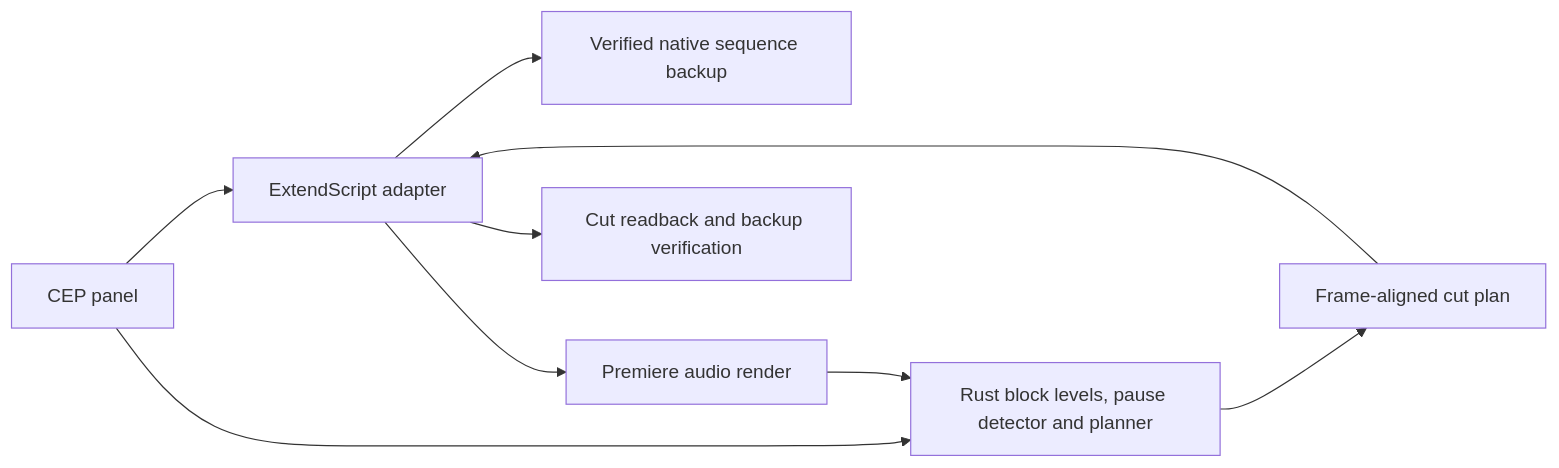
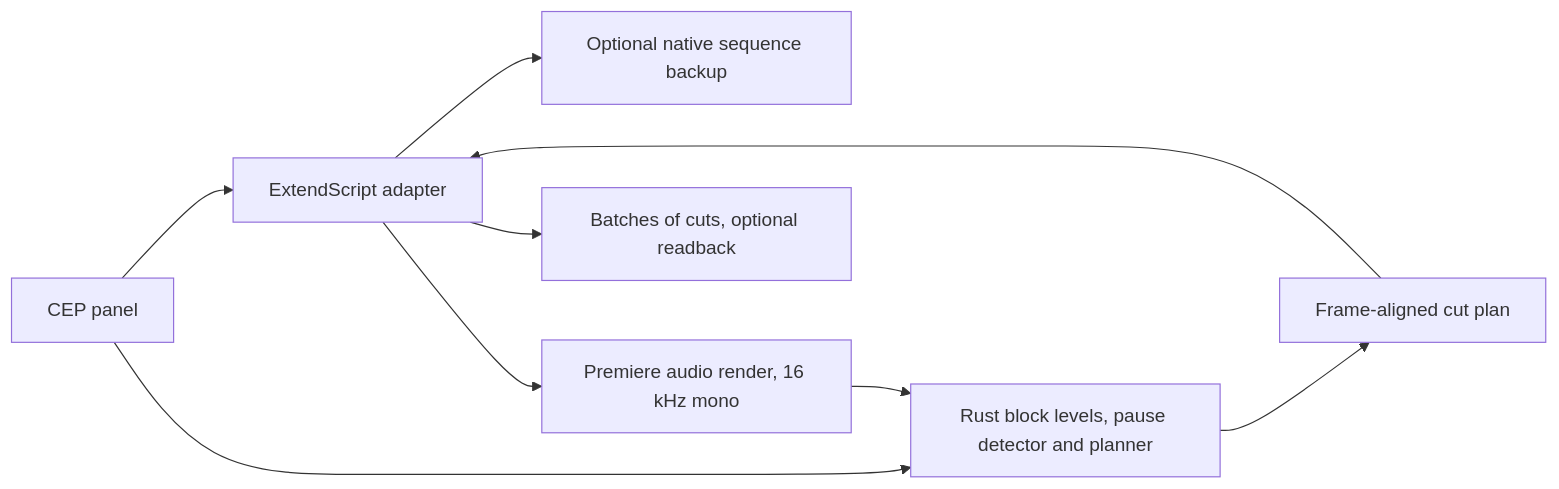
Before and after one commit to nicremo/open-silences: the diagram in docs/ARCHITECTURE.md, drawn with Mermaid. The commit also changed other lines of this file and 9 other files, not shown here.

First line of the commit message:
feat: render the analysis audio as 16 kHz mono and update the docs

````diff
--- a/docs/ARCHITECTURE.md
+++ b/docs/ARCHITECTURE.md
@@ -9,11 +9,11 @@
 ```mermaid
 flowchart LR
     Panel[CEP panel] --> Host[ExtendScript adapter]
-    Host --> Backup[Verified native sequence backup]
-    Host --> Audio[Premiere audio render]
+    Host --> Backup[Optional native sequence backup]
+    Host --> Audio[Premiere audio render, 16 kHz mono]
     Panel --> Engine[Rust block levels, pause detector and planner]
     Audio --> Engine
     Engine --> Plan[Frame-aligned cut plan]
     Plan --> Host
-    Host --> Result[Cut readback and backup verification]
+    Host --> Result[Batches of cuts, optional readback]
 ```
````
